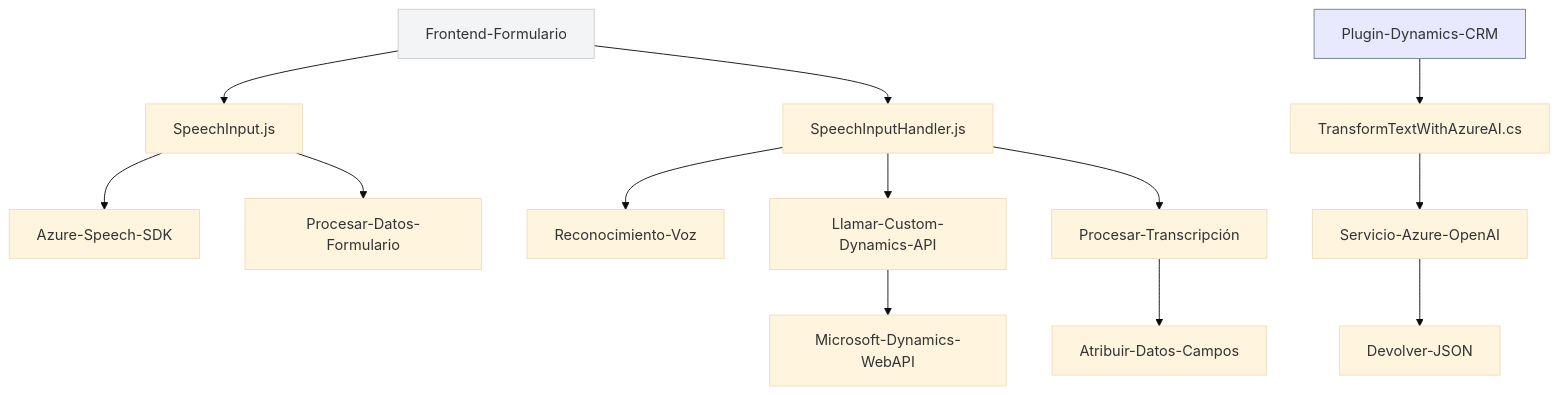
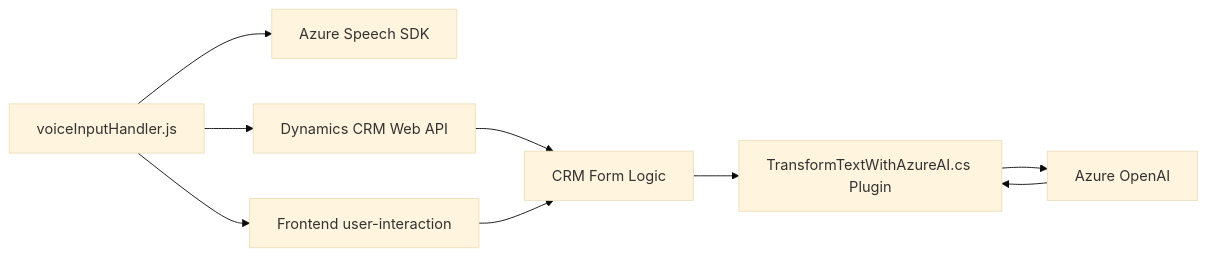
Before and after one commit to blopezdm/NETCORE_BILBAO2025: the diagram in README.md, drawn with Mermaid (base theme). The commit also changed other lines of this file, not shown here.

````diff
--- a/README.md
+++ b/README.md
@@ -36,17 +39,11 @@
 ```mermaid
-graph TD
-    A[Frontend-Formulario] --> B["SpeechInput.js"]
-    A --> C["SpeechInputHandler.js"]
-    B --> D[Azure-Speech-SDK]
-    B --> E[Procesar-Datos-Formulario]
-    C --> F[Reconocimiento-Voz]
-    C --> G[Llamar-Custom-Dynamics-API]
-    C --> H[Procesar-Transcripción]
-    G --> I[Microsoft-Dynamics-WebAPI]
-    H --> J[Atribuir-Datos-Campos]
-    K[Plugin-Dynamics-CRM] --> L[TransformTextWithAzureAI.cs]
-    L --> M[Servicio-Azure-OpenAI]
-    M --> N[Devolver-JSON]
-    style A fill:#f3f4f5,stroke:#ccc,stroke-width:1px
-    style K fill:#e8e8ff,stroke:#708090,stroke-width:1px
+graph LR
+    A["voiceInputHandler.js"] --> B["Azure Speech SDK"]
+    A --> C["Dynamics CRM Web API"]
+    A --> F["Frontend user-interaction"]
+    C --> D["CRM Form Logic"]
+    F --> D
+    D --> E["TransformTextWithAzureAI.cs Plugin"]
+    E --> G["Azure OpenAI"]
+    G --> E
 ```
````
